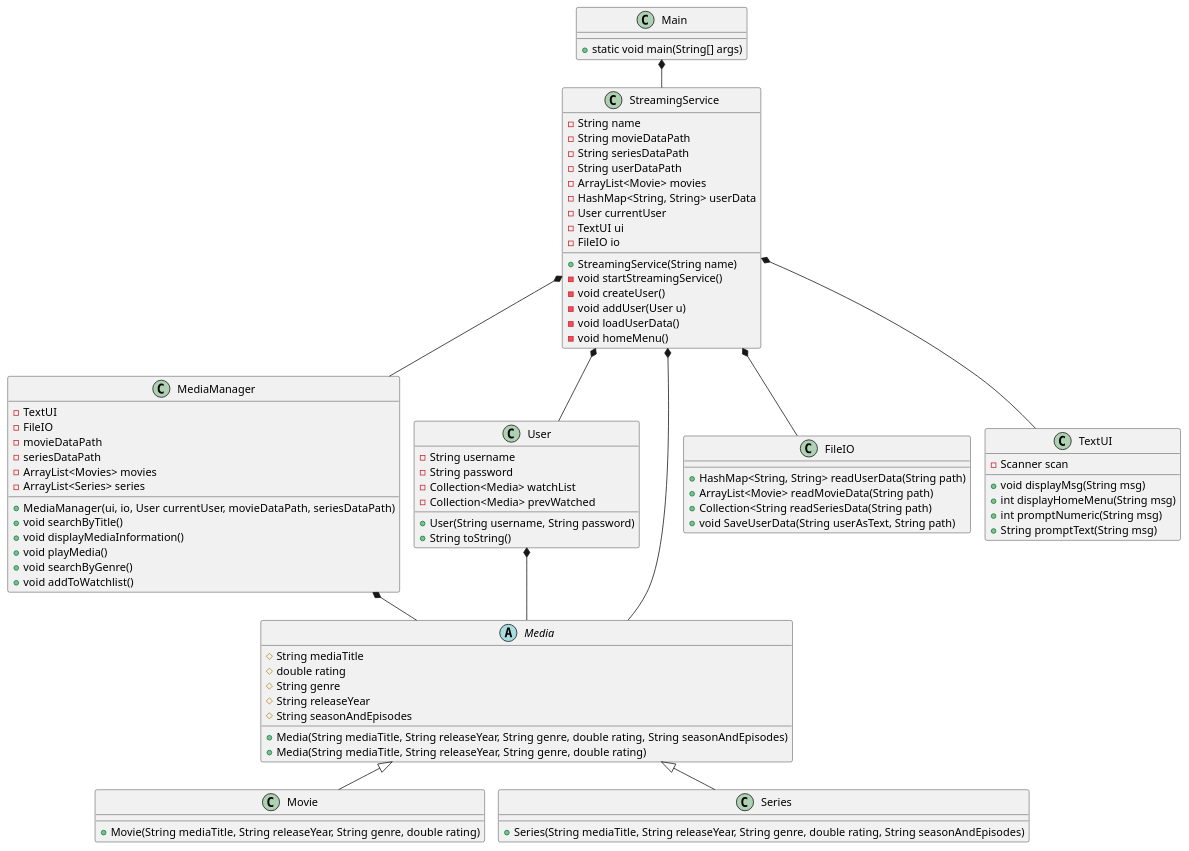
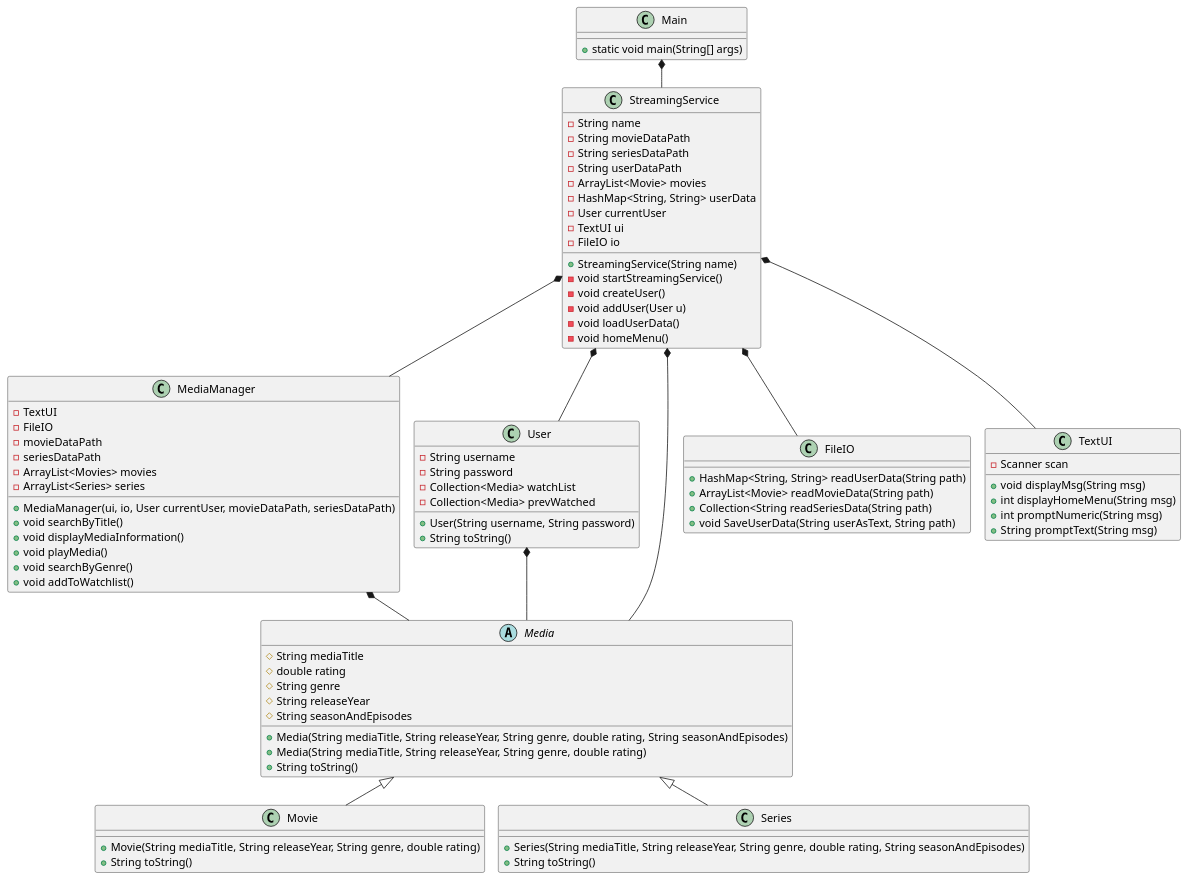
Before and after one commit to EmilDagsberg/SP3: the diagram in doc/classdiagram/classdiagram_v1.puml, drawn with PlantUML.

Commit message:
Added toString method to the classDiagram

```diff
--- a/doc/classdiagram/classdiagram_v1.puml
+++ b/doc/classdiagram/classdiagram_v1.puml
@@ -1,103 +1,105 @@
 @startuml
 !pragma layout smetana
 
 class Main {
 + static void main(String[] args)
 }
 
 class StreamingService{
 - String name
 - String movieDataPath
 - String seriesDataPath
 - String userDataPath
 - ArrayList<Movie> movies
 - HashMap<String, String> userData
 - User currentUser
 - TextUI ui
 - FileIO io
 + StreamingService(String name)
 - void startStreamingService()
 - void createUser()
 - void addUser(User u)
 - void loadUserData()
 - void homeMenu()
 
 
 }
 
 class MediaManager {
 - TextUI
 - FileIO
 - movieDataPath
 - seriesDataPath
 - ArrayList<Movies> movies
 - ArrayList<Series> series
 + MediaManager(ui, io, User currentUser, movieDataPath, seriesDataPath)
 + void searchByTitle()
 + void displayMediaInformation()
 + void playMedia()
 + void searchByGenre()
 + void addToWatchlist()
 
 
 }
 
 class User {
 - String username
 - String password
 - Collection<Media> watchList
 - Collection<Media> prevWatched
 + User(String username, String password)
 + String toString()
 
 }
 
 
 abstract class Media{
 # String mediaTitle
 # double rating
 # String genre
 # String releaseYear
 # String seasonAndEpisodes
 +Media(String mediaTitle, String releaseYear, String genre, double rating, String seasonAndEpisodes)
 +Media(String mediaTitle, String releaseYear, String genre, double rating)
++String toString()
 }
 
 class Movie{
 + Movie(String mediaTitle, String releaseYear, String genre, double rating)
++String toString()
 'metode der loader liste over film?
 
 }
 
 class Series{
 +Series(String mediaTitle, String releaseYear, String genre, double rating, String seasonAndEpisodes)
++String toString()
 'metode der loader liste over serier?
 }
 
 class FileIO {
 + HashMap<String, String> readUserData(String path)
 + ArrayList<Movie> readMovieData(String path)
 + Collection<String readSeriesData(String path)
 + void SaveUserData(String userAsText, String path)
 }
 
 class TextUI {
 - Scanner scan
 + void displayMsg(String msg)
 + int displayHomeMenu(String msg)
 + int promptNumeric(String msg)
 + String promptText(String msg)
-
 }
 
 Main *-- StreamingService
 StreamingService *-- MediaManager
 MediaManager *-- Media
 StreamingService *-- User
 StreamingService *-- FileIO
 StreamingService *-- TextUI
 Media <|-- Movie
 Media <|-- Series
 StreamingService *-- Media
 User *-- Media
 @enduml
```
